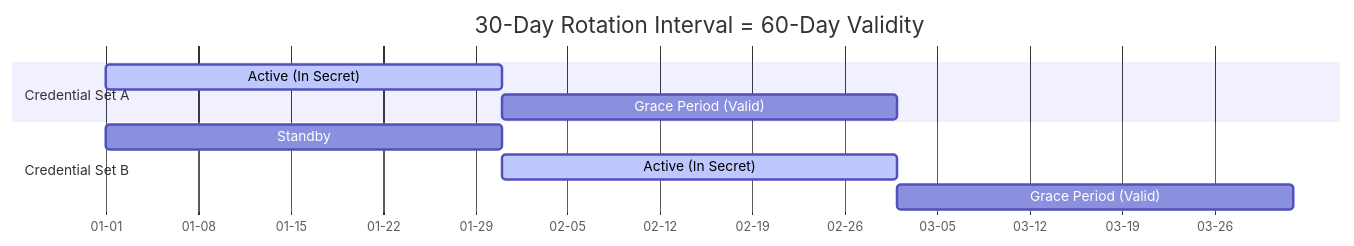
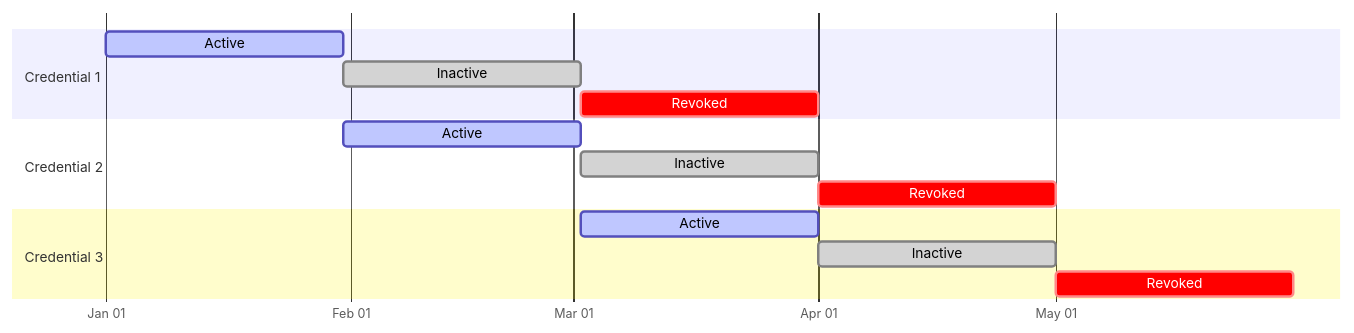
The second of 2 diagrams in docs/documentation/platform/secret-rotation/overview.mdx (Infisical/infisical), drawn with Mermaid before and after one commit. The commit also changed other lines of this file, not shown here.

Commit message:
add credential explanation

````diff
--- a/docs/documentation/platform/secret-rotation/overview.mdx
+++ b/docs/documentation/platform/secret-rotation/overview.mdx
@@ -67,16 +65,20 @@
 ```mermaid
-  gantt
+gantt
     dateFormat  YYYY-MM-DD
-    axisFormat  %m-%d
-    title       30-Day Rotation Interval = 60-Day Validity
+    axisFormat %b %d
 
-    section Credential Set A
-    Active (In Secret)       :active,    des1, 2023-01-01, 30d
-    Grace Period (Valid)     :           des2, after des1, 30d
+    section Credential 1
+    Active      :active, a1, 2023-01-01, 30d
+    Inactive    :done, i1, after a1, 30d
+    Revoked     :crit, r1, after i1, 30d
 
-    section Credential Set B
-    Standby                  :           des3, 2023-01-01, 30d
-    Active (In Secret)       :active,    des4, after des3, 30d
-    Grace Period (Valid)     :           des5, after des4, 30d
+    section Credential 2
+    Active      :active, a2, 2023-01-31, 30d
+    Inactive    :done, i2, after a2, 30d
+    Revoked     :crit, r2, after i2, 30d
 
+    section Credential 3
+    Active      :active, a3, 2023-03-02, 30d
+    Inactive    :done, i3, after a3, 30d
+    Revoked     :crit, r3, after i3, 30d
 ```
````
